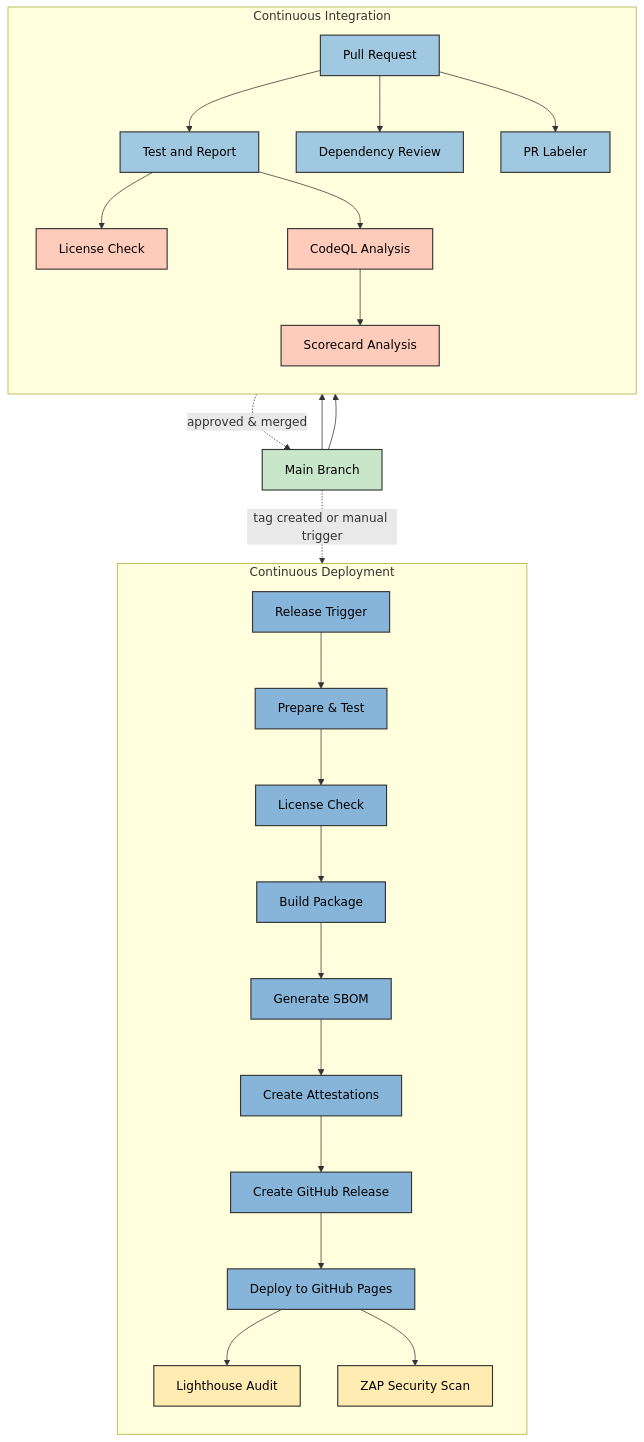
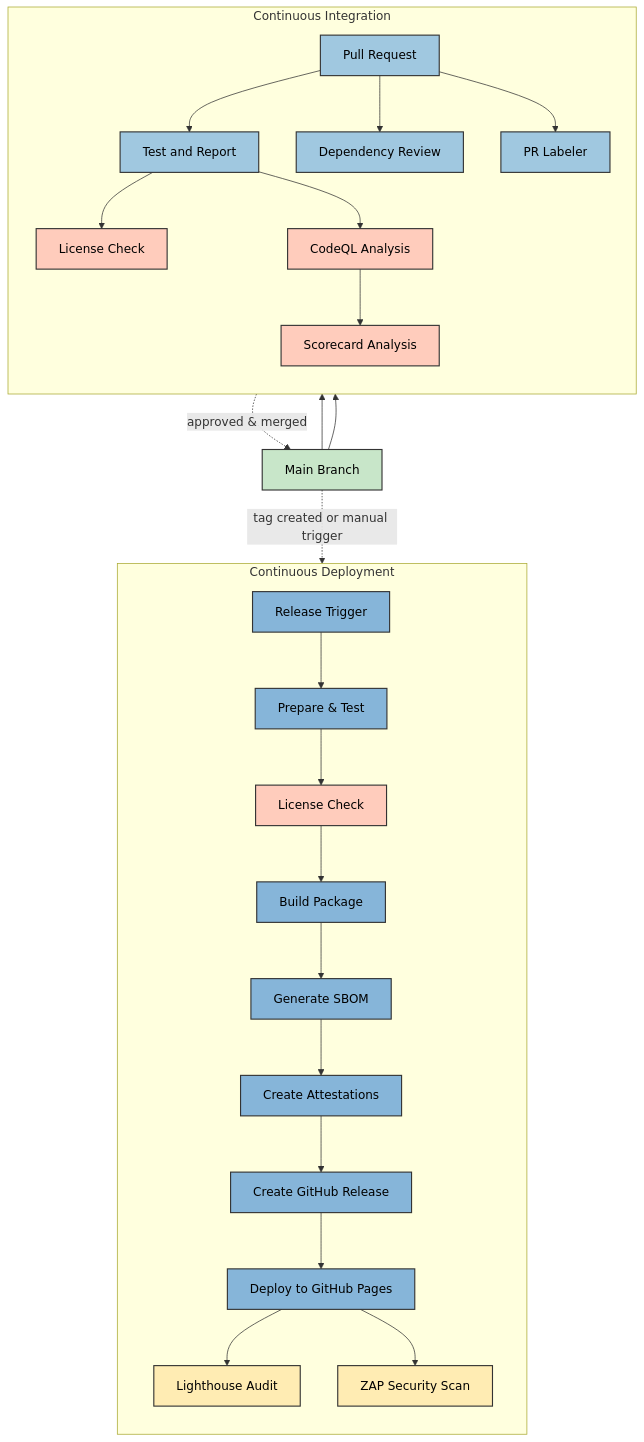
One commit to Hack23/cia-compliance-manager changed the fifth of 9 diagrams in docs/architecture/WORKFLOWS.md. Above: the diagram before and after it, drawn with Mermaid. The commit also changed other lines of this file and 7 other files, not shown here.

````diff
--- a/docs/architecture/WORKFLOWS.md
+++ b/docs/architecture/WORKFLOWS.md
@@ -42,44 +268,44 @@
 ```mermaid
 flowchart TB
     subgraph "Continuous Integration"
         direction TB
         PR[Pull Request] --> TestReport[Test and Report]
         PR --> DependencyReview[Dependency Review]
         PR --> Labeler[PR Labeler]
         TestReport --> LicenseCheck[License Check]
         TestReport --> CodeQL[CodeQL Analysis]
         CodeQL --> Scorecard[Scorecard Analysis]
     end
 
     subgraph "Continuous Deployment"
         direction TB
         Release[Release Trigger] --> BuildTest[Prepare & Test]
         BuildTest --> LicenseCheck2[License Check]
         LicenseCheck2 --> Build[Build Package]
         Build --> GenerateSBOM[Generate SBOM]
         GenerateSBOM --> Attestations[Create Attestations]
         Attestations --> CreateRelease[Create GitHub Release]
         CreateRelease --> DeployGHPages[Deploy to GitHub Pages]
         DeployGHPages --> Lighthouse[Lighthouse Audit]
         DeployGHPages --> ZAPScan[ZAP Security Scan]
     end
 
     PR -.-> |"approved & merged"| main[Main Branch]
     main --> Scorecard
     main --> CodeQL
     main -.-> |"tag created or manual trigger"| Release
 
     %% Enhanced color styling
     classDef integration fill:#a0c8e0,stroke:#333,stroke-width:1.5px,color:black
     classDef deployment fill:#86b5d9,stroke:#333,stroke-width:1.5px,color:black
     classDef process fill:#c8e6c9,stroke:#333,stroke-width:1.5px,color:black
     classDef trigger fill:#bbdefb,stroke:#333,stroke-width:1.5px,color:black
     classDef security fill:#ffccbc,stroke:#333,stroke-width:1.5px,color:black
     classDef audit fill:#ffecb3,stroke:#333,stroke-width:1.5px,color:black
 
     class PR,TestReport,DependencyReview,Labeler integration
-    class CodeQL,Scorecard,LicenseCheck security
-    class Release,BuildTest,Build,CreateRelease,DeployGHPages,LicenseCheck2,GenerateSBOM,Attestations deployment
+    class CodeQL,Scorecard,LicenseCheck,LicenseCheck2 security
+    class Release,BuildTest,Build,CreateRelease,DeployGHPages,GenerateSBOM,Attestations deployment
     class Lighthouse,ZAPScan audit
     class main process
 ```
````
